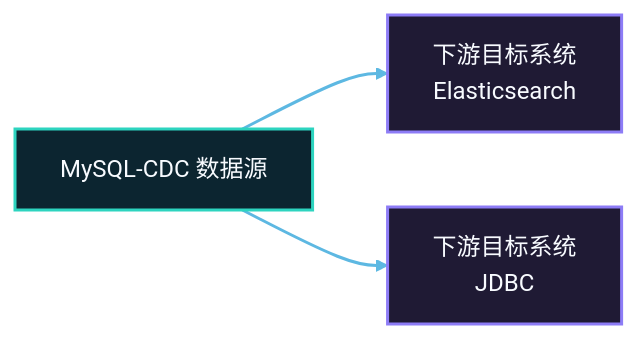
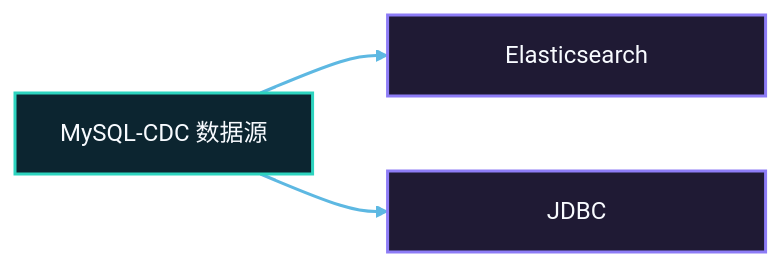
Before and after one commit to apache/seatunnel: the third of 4 diagrams in docs/zh/architecture/engine/dag-execution.md, drawn with Mermaid. The commit also changed 1 other file, not shown here.

Commit message:
Keep sink node labels concise

````diff
--- a/docs/zh/architecture/engine/dag-execution.md
+++ b/docs/zh/architecture/engine/dag-execution.md
@@ -227,12 +227,12 @@
 ```mermaid
 flowchart LR
-    source["MySQL-CDC 数据源"] --> elastic["下游目标系统<br/>Elasticsearch"]
-    source --> jdbc["下游目标系统<br/>JDBC"]
+    source["MySQL-CDC 数据源"] --> elastic["<div style='width:12em;text-align:center'>Elasticsearch</div>"]
+    source --> jdbc["<div style='width:12em;text-align:center'>JDBC</div>"]
 
     classDef layerCyan fill:#0c2530,stroke:#2dd4bf,stroke-width:2px,color:#f8fbff;
     classDef layerPurple fill:#1f1a34,stroke:#8d7cf6,stroke-width:2px,color:#f8fbff;
 
     class source layerCyan;
     class elastic,jdbc layerPurple;
     linkStyle default stroke:#5db8e2,stroke-width:2px;
 ```
````
